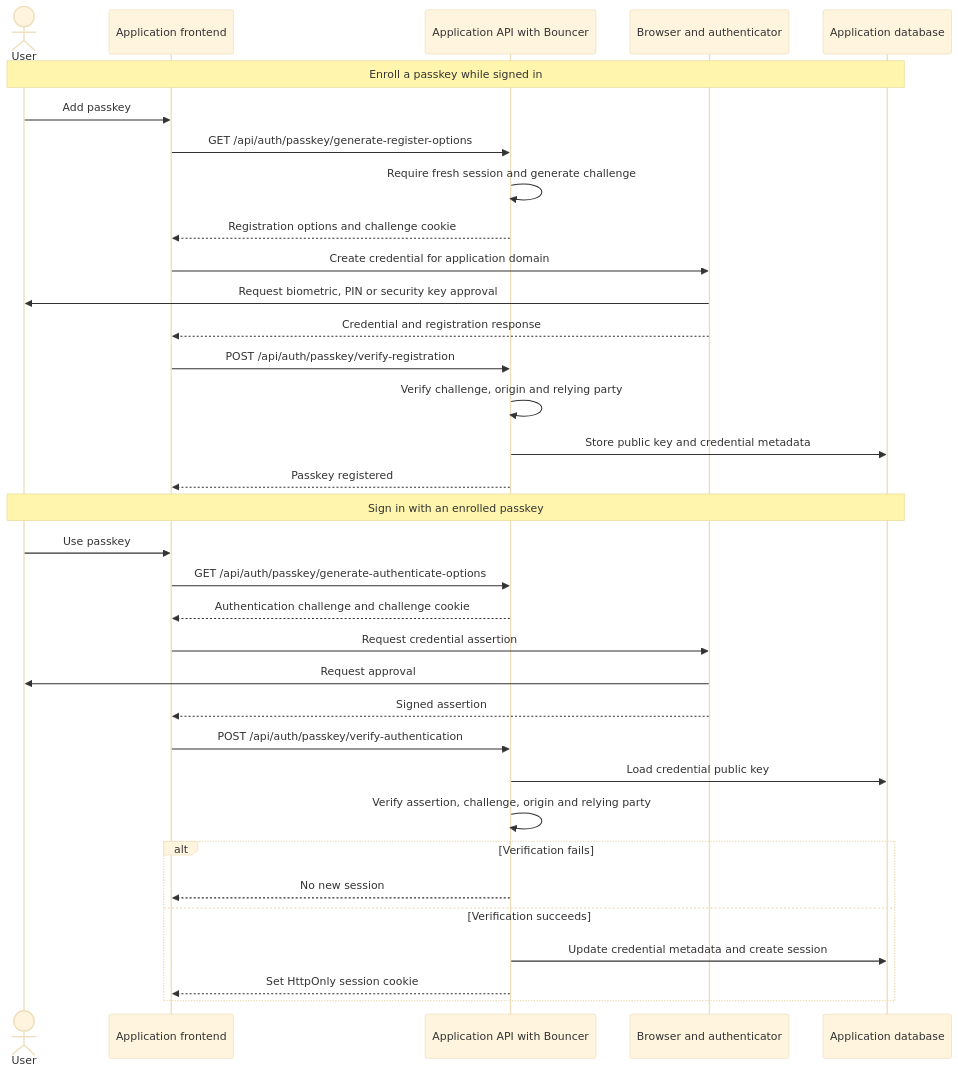
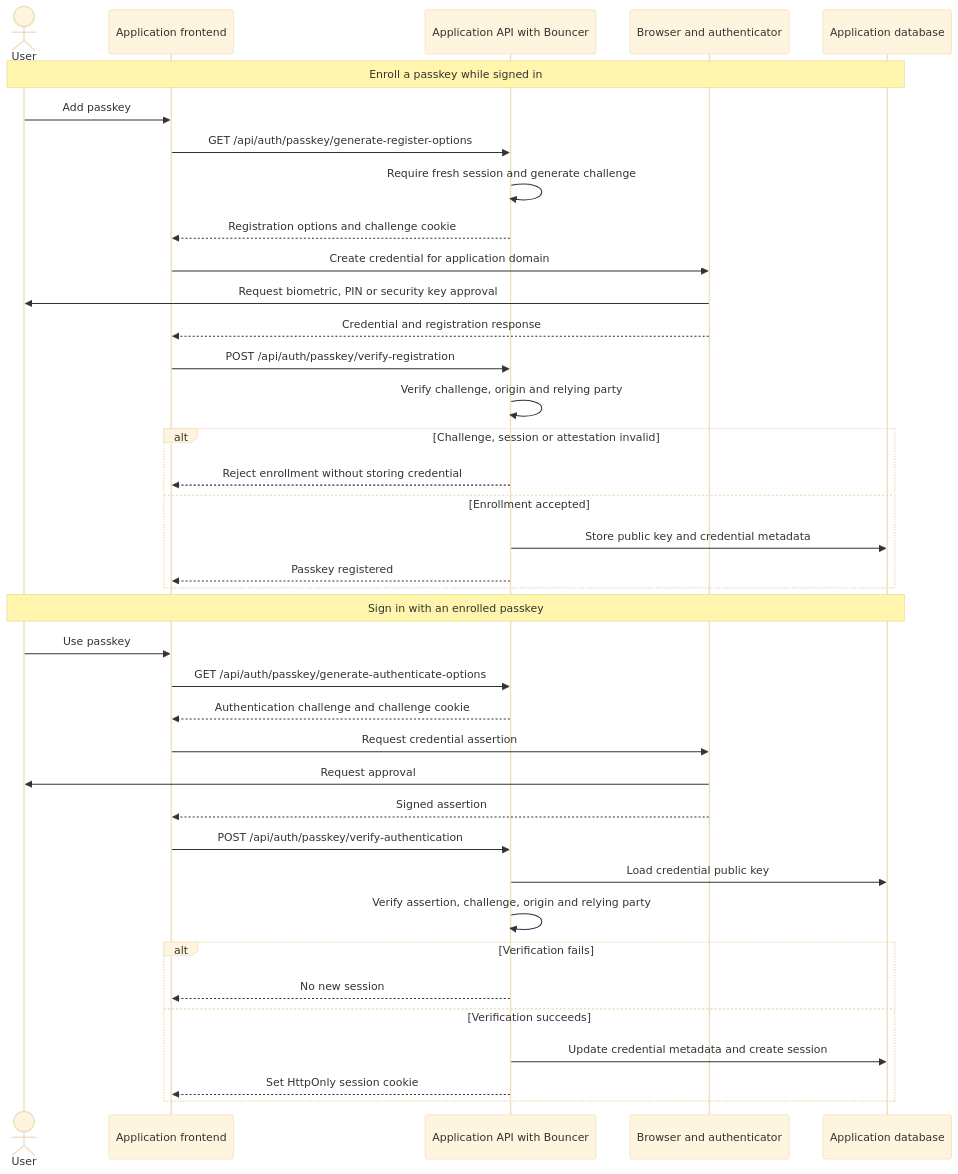
Before and after one commit to megara-arevaco/bouncer: the eighth of 11 diagrams in docs/auth-flows.md, drawn with Mermaid (base theme). The commit also changed other lines of this file and 11 other files, not shown here.

Commit message:
Ship versioned library releases and document authentication flows

````diff
--- a/docs/auth-flows.md
+++ b/docs/auth-flows.md
@@ -176,36 +236,40 @@
 ```mermaid
 sequenceDiagram
     actor User
     participant UI as Application frontend
     participant API as Application API with Bouncer
     participant Device as Browser and authenticator
     participant DB as Application database
     Note over User,DB: Enroll a passkey while signed in
     User->>UI: Add passkey
     UI->>API: GET /api/auth/passkey/generate-register-options
     API->>API: Require fresh session and generate challenge
     API-->>UI: Registration options and challenge cookie
     UI->>Device: Create credential for application domain
     Device->>User: Request biometric, PIN or security key approval
     Device-->>UI: Credential and registration response
     UI->>API: POST /api/auth/passkey/verify-registration
     API->>API: Verify challenge, origin and relying party
-    API->>DB: Store public key and credential metadata
-    API-->>UI: Passkey registered
+    alt Challenge, session or attestation invalid
+        API-->>UI: Reject enrollment without storing credential
+    else Enrollment accepted
+        API->>DB: Store public key and credential metadata
+        API-->>UI: Passkey registered
+    end
     Note over User,DB: Sign in with an enrolled passkey
     User->>UI: Use passkey
     UI->>API: GET /api/auth/passkey/generate-authenticate-options
     API-->>UI: Authentication challenge and challenge cookie
     UI->>Device: Request credential assertion
     Device->>User: Request approval
     Device-->>UI: Signed assertion
     UI->>API: POST /api/auth/passkey/verify-authentication
     API->>DB: Load credential public key
     API->>API: Verify assertion, challenge, origin and relying party
     alt Verification fails
         API-->>UI: No new session
     else Verification succeeds
         API->>DB: Update credential metadata and create session
         API-->>UI: Set HttpOnly session cookie
     end
 ```
````
